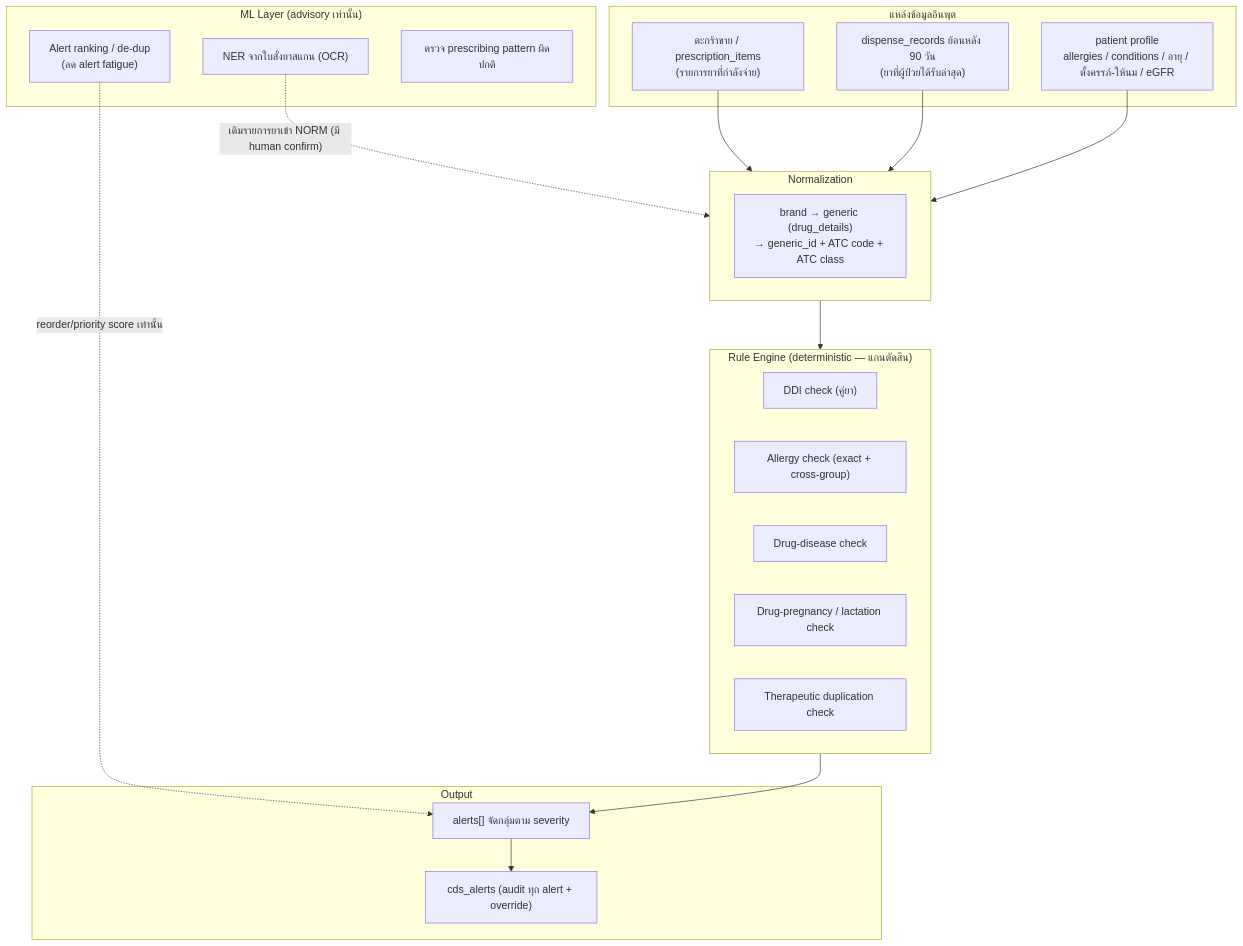
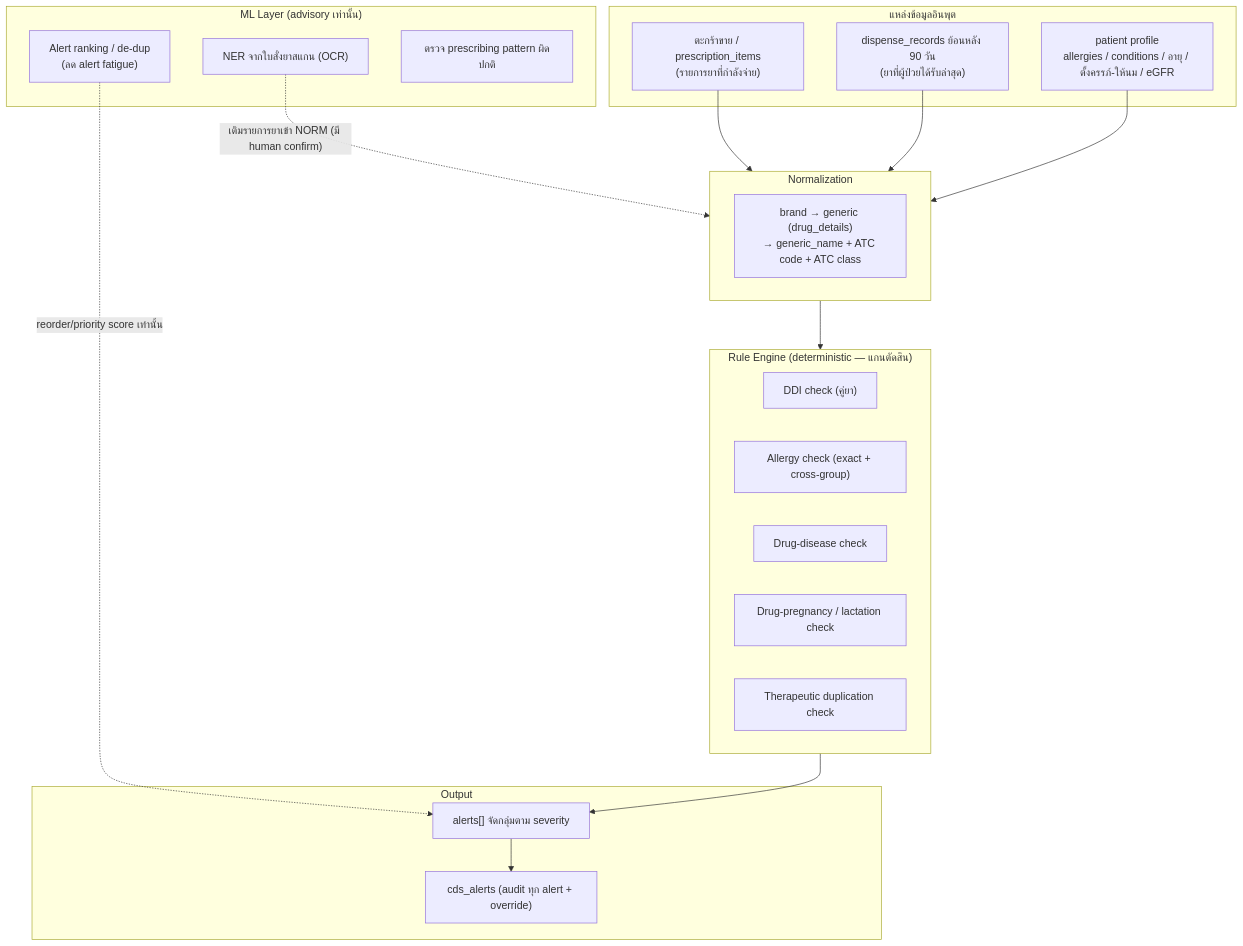
The first of 5 diagrams in docs/pharmacy-system/04-ddi-engine.md (zank001/my-web-app), drawn with Mermaid before and after one commit. The commit also changed other lines of this file and 7 other files, not shown here.

````diff
--- a/docs/pharmacy-system/04-ddi-engine.md
+++ b/docs/pharmacy-system/04-ddi-engine.md
@@ -22,38 +22,38 @@
 ```mermaid
 flowchart TB
     subgraph SRC["แหล่งข้อมูลอินพุต"]
         BASKET["ตะกร้าขาย / prescription_items<br/>(รายการยาที่กำลังจ่าย)"]
         HIST["dispense_records ย้อนหลัง 90 วัน<br/>(ยาที่ผู้ป่วยได้รับล่าสุด)"]
         PROF["patient profile<br/>allergies / conditions / อายุ / ตั้งครรภ์-ให้นม / eGFR"]
     end
 
     subgraph NORM["Normalization"]
-        N1["brand → generic (drug_details)<br/>→ generic_id + ATC code + ATC class"]
+        N1["brand → generic (drug_details)<br/>→ generic_name + ATC code + ATC class"]
     end
 
     subgraph RE["Rule Engine (deterministic — แกนตัดสิน)"]
         R1["DDI check (คู่ยา)"]
         R2["Allergy check (exact + cross-group)"]
         R3["Drug-disease check"]
         R4["Drug-pregnancy / lactation check"]
         R5["Therapeutic duplication check"]
     end
 
     subgraph ML["ML Layer (advisory เท่านั้น)"]
         M1["Alert ranking / de-dup<br/>(ลด alert fatigue)"]
         M2["NER จากใบสั่งยาสแกน (OCR)"]
         M3["ตรวจ prescribing pattern ผิดปกติ"]
     end
 
     subgraph OUT["Output"]
         A["alerts[] จัดกลุ่มตาม severity"]
         LOG["cds_alerts (audit ทุก alert + override)"]
     end
 
     BASKET & HIST & PROF --> NORM
     NORM --> RE
     RE --> A
     M1 -. "reorder/priority score เท่านั้น" .-> A
     M2 -. "เติมรายการยาเข้า NORM (มี human confirm)" .-> NORM
     A --> LOG
 ```
````
